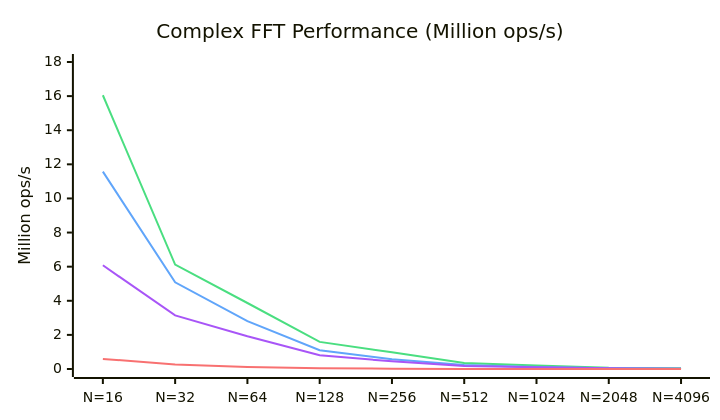
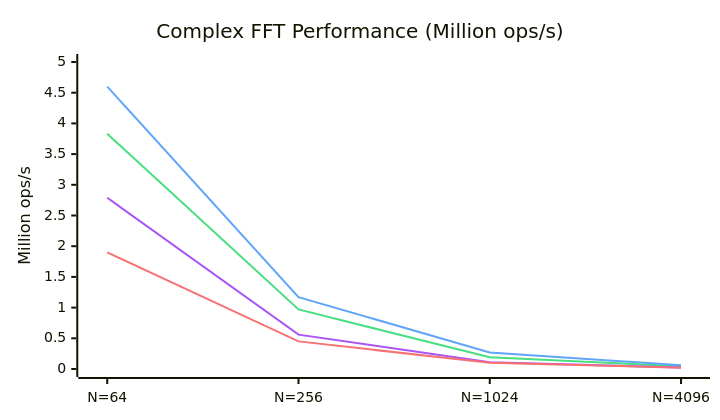
The first of 2 diagrams in README.md (EmNudge/wat-fft), drawn with Mermaid before and after one commit. The commit also changed other lines of this file and 6 other files, not shown here.

````diff
--- a/README.md
+++ b/README.md
@@ -23,19 +18,19 @@
 ```mermaid
 ---
 config:
     xyChart:
         width: 700
         height: 400
     themeVariables:
         xyChart:
             plotColorPalette: "#4ade80, #60a5fa, #a855f7, #f87171"
 ---
 xychart-beta
     title "Complex FFT Performance (Million ops/s)"
-    x-axis [N=16, N=32, N=64, N=128, N=256, N=512, N=1024, N=2048, N=4096]
-    y-axis "Million ops/s" 0 --> 18
-    line [16.05, 6.12, 3.87, 1.59, 0.98, 0.35, 0.20, 0.07, 0.04]
-    line [11.57, 5.08, 2.81, 1.10, 0.57, 0.23, 0.11, 0.05, 0.02]
-    line [6.08, 3.14, 1.92, 0.81, 0.45, 0.18, 0.10, 0.04, 0.02]
-    line [0.59, 0.27, 0.12, 0.05, 0.02, 0.003, 0.001, 0.001, 0.0003]
+    x-axis [N=64, N=256, N=1024, N=4096]
+    y-axis "Million ops/s" 0 --> 5
+    line [3.83, 0.97, 0.19, 0.044]
+    line [4.60, 1.17, 0.27, 0.062]
+    line [2.79, 0.56, 0.11, 0.023]
+    line [1.90, 0.45, 0.10, 0.022]
 ```
````
